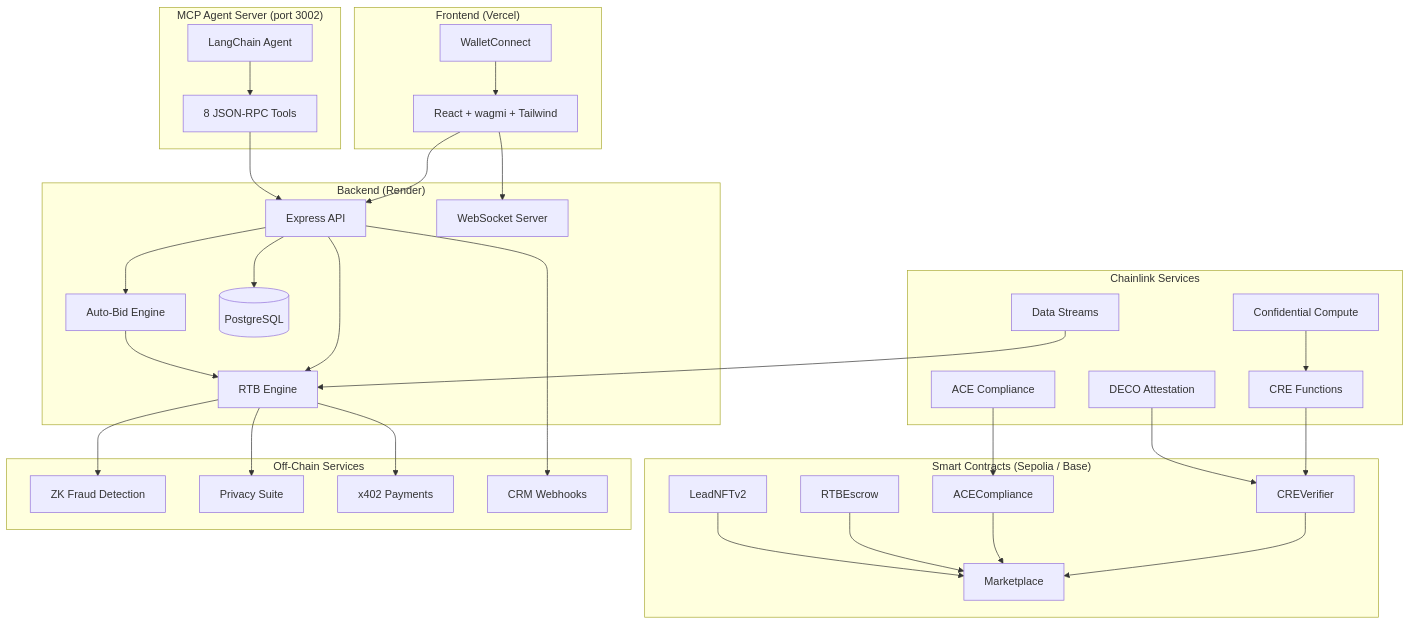
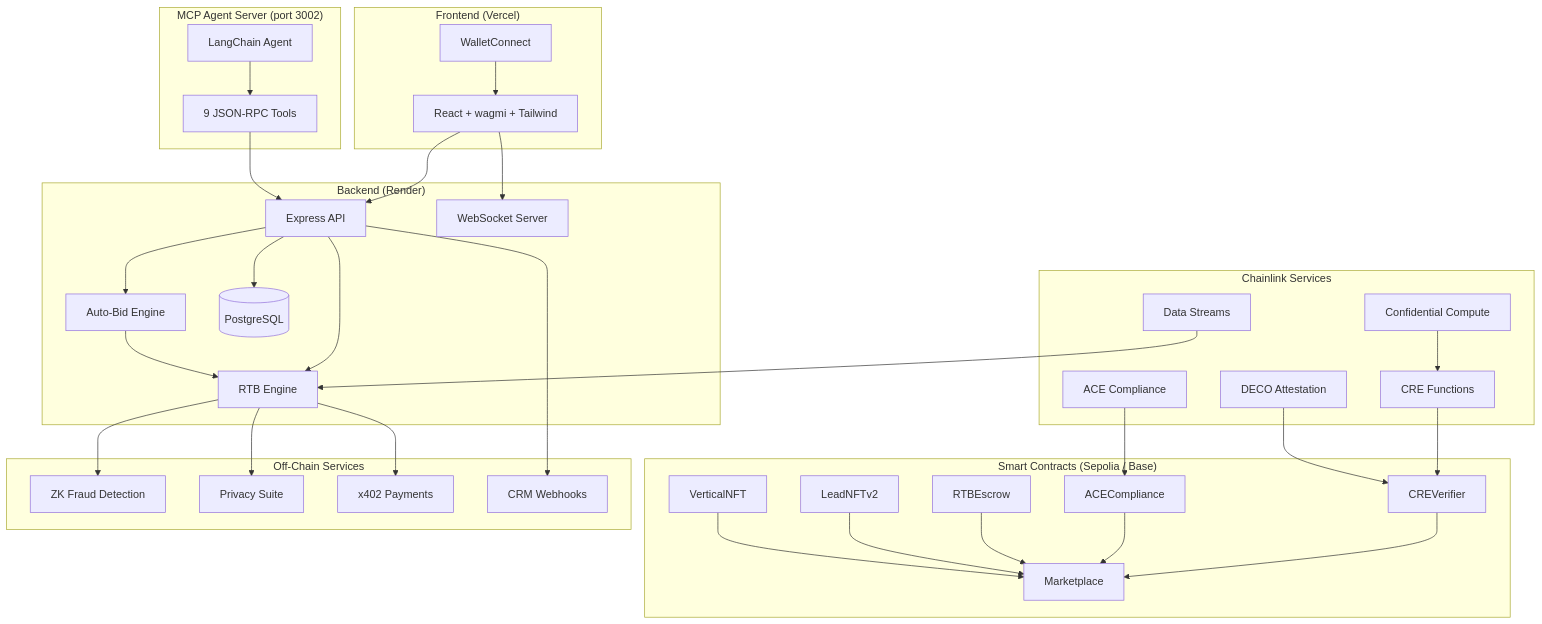
The second of 2 diagrams in README.md (bnmbnmai/lead-engine-cre), drawn with Mermaid before and after one commit. The commit also changed other lines of this file and 14 other files, not shown here.

````diff
--- a/README.md
+++ b/README.md
@@ -213,66 +197,68 @@
 ```mermaid
 graph TB
     subgraph Frontend["Frontend (Vercel)"]
         UI[React + wagmi + Tailwind]
         WC[WalletConnect]
     end
 
     subgraph Backend["Backend (Render)"]
         API[Express API]
         RTB[RTB Engine]
         AB[Auto-Bid Engine]
         WS[WebSocket Server]
         DB[(PostgreSQL)]
     end
 
     subgraph Chainlink["Chainlink Services"]
         CRE[CRE Functions]
         ACE[ACE Compliance]
         DECO[DECO Attestation]
         DS[Data Streams]
         CC[Confidential Compute]
     end
 
     subgraph Contracts["Smart Contracts (Sepolia / Base)"]
         CV[CREVerifier]
         AC[ACECompliance]
         ESC[RTBEscrow]
         MKT[Marketplace]
         NFT[LeadNFTv2]
+        VNFT[VerticalNFT]
     end
 
     subgraph Services["Off-Chain Services"]
         ZK[ZK Fraud Detection]
         PRI[Privacy Suite]
         X4[x402 Payments]
         CRM[CRM Webhooks]
     end
 
     subgraph Agent["MCP Agent Server (port 3002)"]
-        MCP[8 JSON-RPC Tools]
+        MCP[9 JSON-RPC Tools]
         LC[LangChain Agent]
     end
 
     UI --> API
     UI --> WS
     WC --> UI
     API --> RTB
     API --> AB
     AB --> RTB
     RTB --> ZK
     RTB --> PRI
     RTB --> X4
     API --> DB
     API --> CRM
     CRE --> CV
     ACE --> AC
     DECO --> CV
     DS --> RTB
     CC --> CRE
     CV --> MKT
     AC --> MKT
     ESC --> MKT
     NFT --> MKT
+    VNFT --> MKT
     MCP --> API
     LC --> MCP
 ```
````
